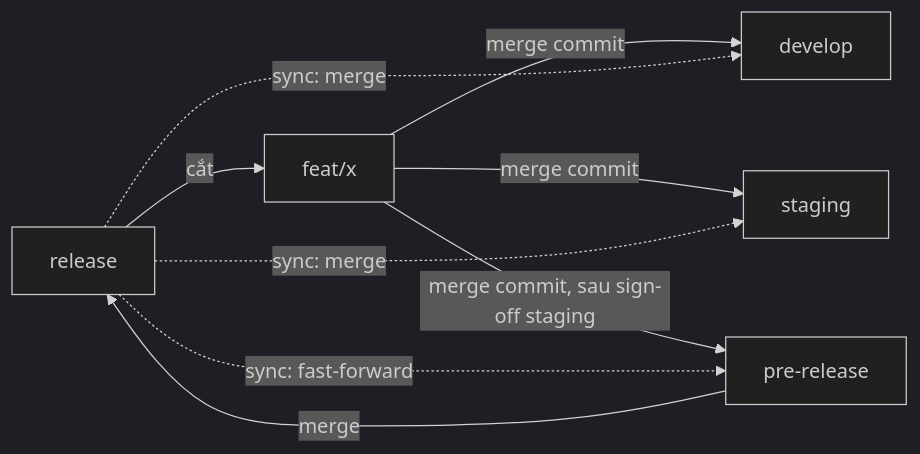
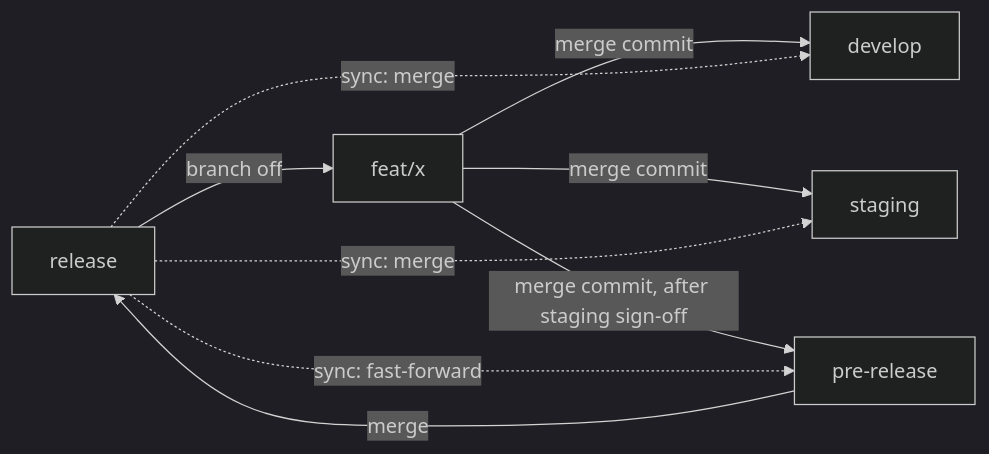
One commit to duydpdev/style-generator changed the diagram in documents/standards/git-workflow-app.md. Above: the diagram before and after it, drawn with Mermaid (dark theme). The commit also changed other lines of this file and 20 other files, not shown here.

````diff
--- a/documents/standards/git-workflow-app.md
+++ b/documents/standards/git-workflow-app.md
@@ -11,11 +11,11 @@
 ```mermaid
 flowchart LR
-    R[release] -->|cắt| F["feat/x"]
+    R[release] -->|branch off| F["feat/x"]
     F -->|merge commit| D[develop]
     F -->|merge commit| S[staging]
-    F -->|merge commit, sau sign-off staging| P[pre-release]
+    F -->|merge commit, after staging sign-off| P[pre-release]
     P -->|merge| R
     R -.->|sync: merge| D
     R -.->|sync: merge| S
     R -.->|sync: fast-forward| P
 ```
````
